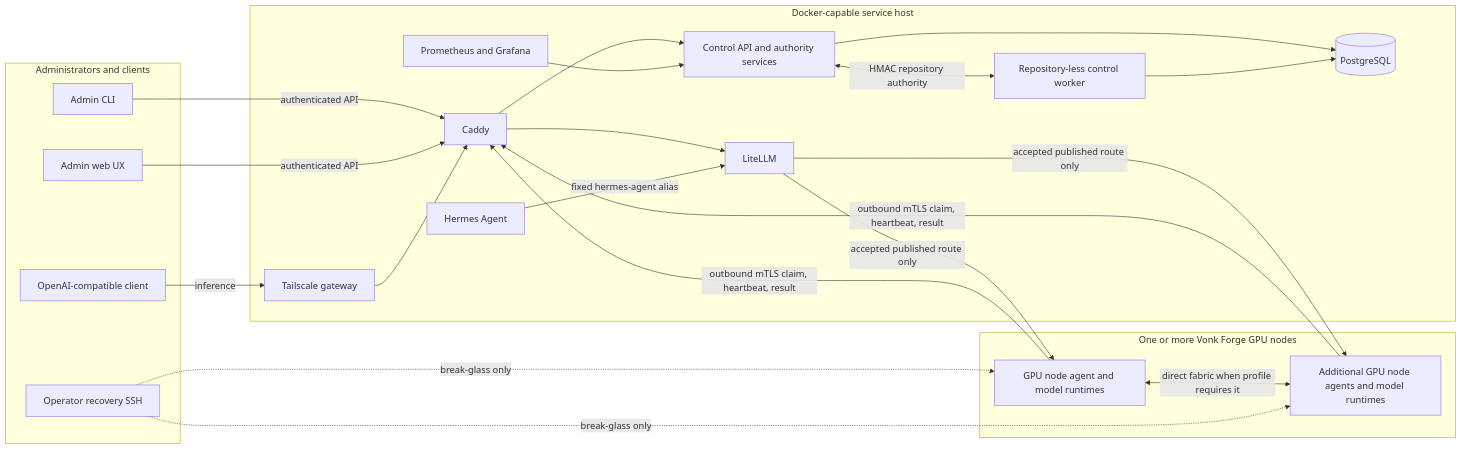
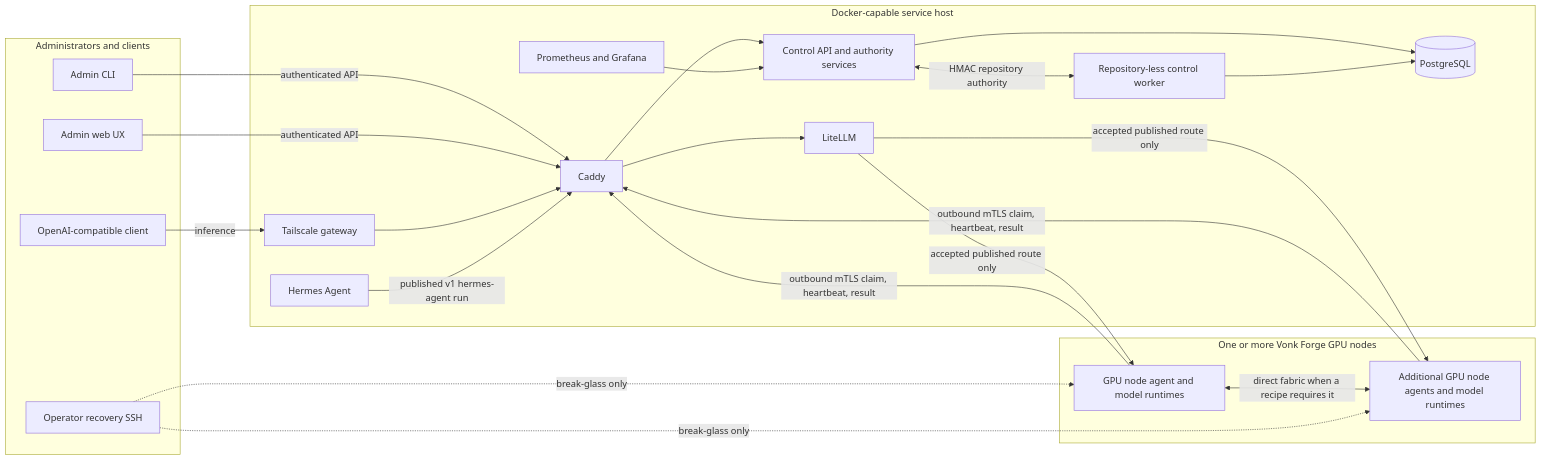
One commit to CarstVaartjes/vonk-forge changed the diagram in docs/architecture-overview.md. Above: the diagram before and after it, drawn with Mermaid. The commit also changed other lines of this file and 23 other files, not shown here.

````diff
--- a/docs/architecture-overview.md
+++ b/docs/architecture-overview.md
@@ -16,42 +16,42 @@
 ```mermaid
 flowchart LR
     subgraph users[Administrators and clients]
         cli[Admin CLI]
         web[Admin web UX]
         client[OpenAI-compatible client]
         operator[Operator recovery SSH]
     end
 
     subgraph host[Docker-capable service host]
         tailscale[Tailscale gateway]
         caddy[Caddy]
         api[Control API and authority services]
         worker[Repository-less control worker]
         db[(PostgreSQL)]
         litellm[LiteLLM]
         hermes[Hermes Agent]
         telemetry[Prometheus and Grafana]
     end
 
     subgraph nodes[One or more Vonk Forge GPU nodes]
         s1[GPU node agent and model runtimes]
         sn[Additional GPU node agents and model runtimes]
     end
 
     cli -->|authenticated API| caddy
     web -->|authenticated API| caddy
     client -->|inference| tailscale --> caddy --> litellm
     caddy --> api
     api --> db
     worker --> db
     api <-->|HMAC repository authority| worker
-    hermes -->|fixed hermes-agent alias| litellm
+    hermes -->|published v1 hermes-agent run| caddy
     telemetry --> api
     litellm -->|accepted published route only| s1
     litellm -->|accepted published route only| sn
     s1 -->|outbound mTLS claim, heartbeat, result| caddy
     sn -->|outbound mTLS claim, heartbeat, result| caddy
-    s1 <-->|direct fabric when profile requires it| sn
+    s1 <-->|direct fabric when a recipe requires it| sn
     operator -. break-glass only .-> s1
     operator -. break-glass only .-> sn
 ```
````
